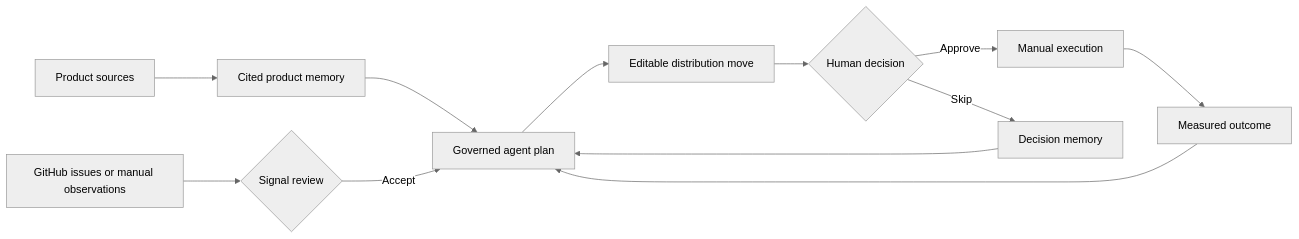
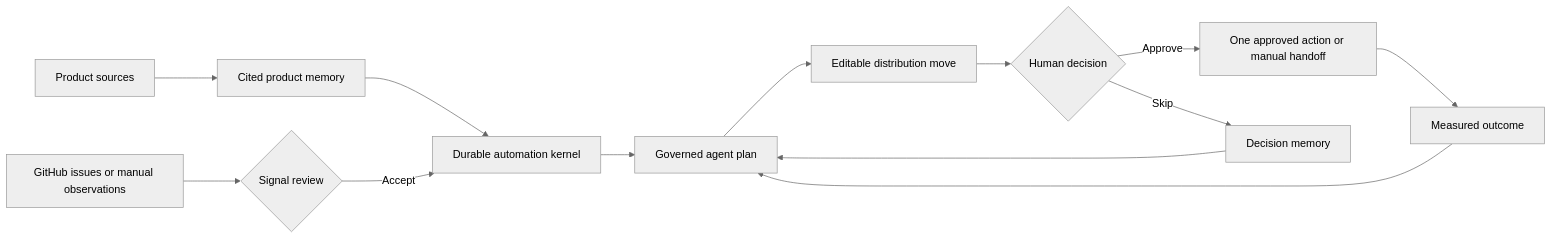
Before and after one commit to Vequan23/distribution-os: the diagram in README.md, drawn with Mermaid (neutral theme). The commit also changed other lines of this file and 23 other files, not shown here.

````diff
--- a/README.md
+++ b/README.md
@@ -19,14 +19,15 @@
 ```mermaid
 flowchart LR
   A["Product sources"] --> B["Cited product memory"]
-  B --> C["Governed agent plan"]
+  B --> K["Durable automation kernel"]
+  K --> C["Governed agent plan"]
   I["GitHub issues or manual observations"] --> J{"Signal review"}
-  J -->|Accept| C
+  J -->|Accept| K
   C --> D["Editable distribution move"]
   D --> E{"Human decision"}
-  E -->|Approve| F["Manual execution"]
+  E -->|Approve| F["One approved action or manual handoff"]
   E -->|Skip| G["Decision memory"]
   F --> H["Measured outcome"]
   G --> C
   H --> C
 ```
````
